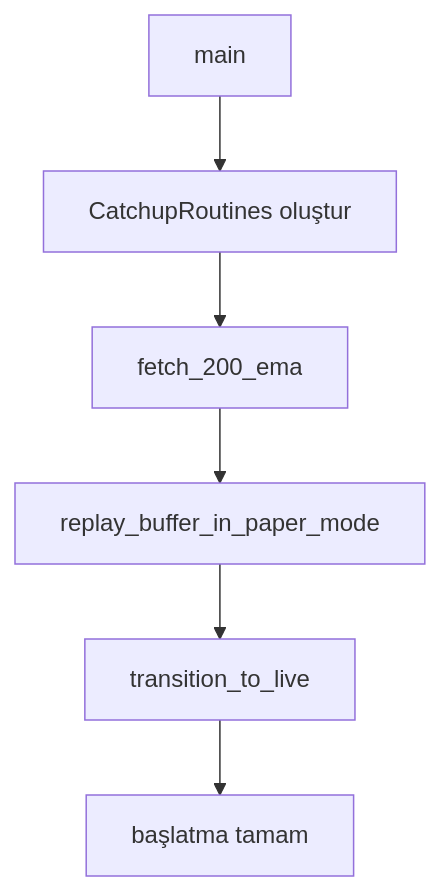
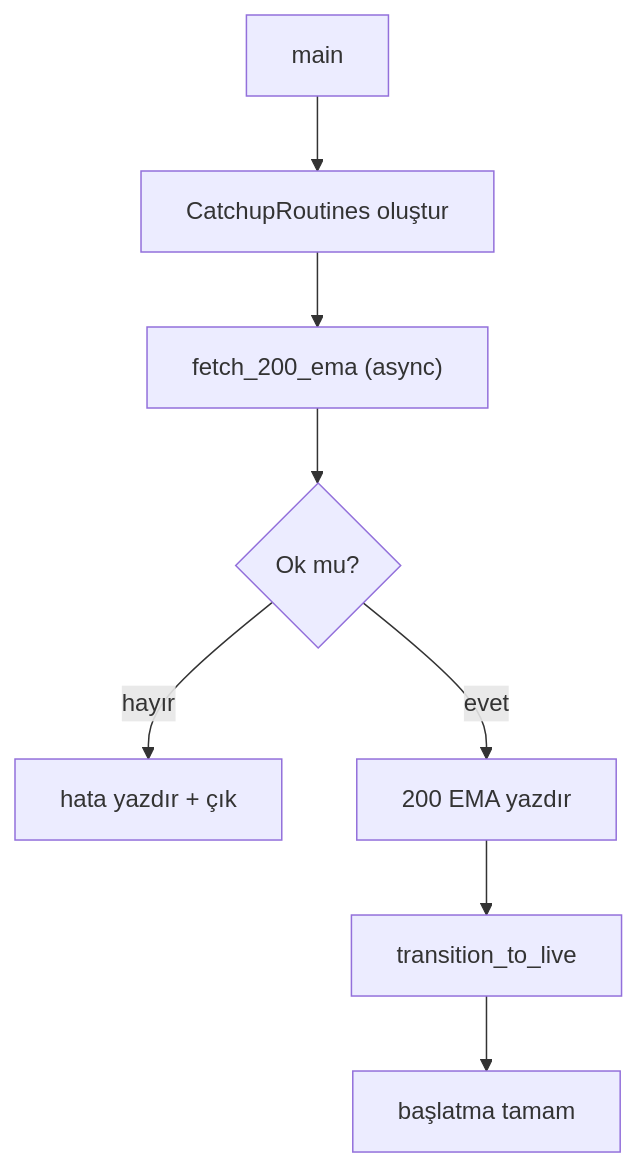
Before and after one commit to Quant-Trade-Lab-Community/cycle_finance_bot: the second of 6 diagrams in docs/DATA_ENGINE_KAYNAK_KODU.md, drawn with Mermaid. The commit also changed other lines of this file and 165 other files, not shown here.

Commit message:
docs: remove deleted services' code dumps and update architecture (Bölüm 3, 2, 1); update Cargo.toml workspace; update mermaid flowcharts; remove SQLite refs

````diff
--- a/docs/DATA_ENGINE_KAYNAK_KODU.md
+++ b/docs/DATA_ENGINE_KAYNAK_KODU.md
@@ -90,8 +83,10 @@
 ```mermaid
 flowchart TD
     A["main"] --> B["CatchupRoutines oluştur"]
-    B --> C["fetch_200_ema"]
-    C --> D["replay_buffer_in_paper_mode"]
-    D --> E["transition_to_live"]
-    E --> F["başlatma tamam"]
+    B --> C["fetch_200_ema (async)"]
+    C --> D{"Ok mu?"}
+    D -->|"hayır"| E["hata yazdır + çık"]
+    D -->|"evet"| F["200 EMA yazdır"]
+    F --> G["transition_to_live"]
+    G --> H["başlatma tamam"]
 ```
````
